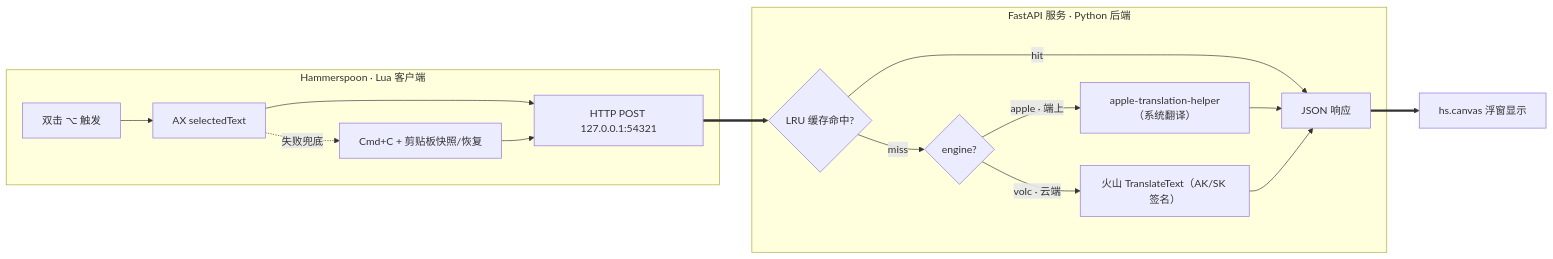
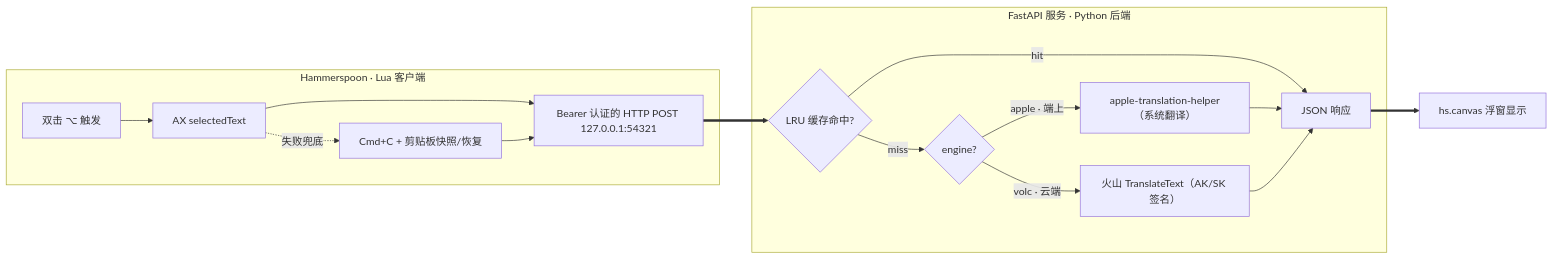
One commit to Eim-aa/juyi changed the diagram in README.md. Above: the diagram before and after it, drawn with Mermaid. The commit also changed other lines of this file and 9 other files, not shown here.

````diff
--- a/README.md
+++ b/README.md
@@ -135,20 +129,20 @@
 ```mermaid
 flowchart LR
     subgraph HS["Hammerspoon · Lua 客户端"]
         H1["双击 ⌥ 触发"] --> H2["AX selectedText"]
         H2 -.失败兜底.-> H3["Cmd+C + 剪贴板快照/恢复"]
-        H2 & H3 --> H4["HTTP POST 127.0.0.1:54321"]
+        H2 & H3 --> H4["Bearer 认证的 HTTP POST 127.0.0.1:54321"]
     end
 
     H4 ==> S1
 
     subgraph BE["FastAPI 服务 · Python 后端"]
         S1{"LRU 缓存命中?"} -->|hit| S5
         S1 -->|miss| S2{"engine?"}
         S2 -->|apple · 端上| S3["apple-translation-helper（系统翻译）"]
         S2 -->|volc · 云端| S4["火山 TranslateText（AK/SK 签名）"]
         S3 & S4 --> S5["JSON 响应"]
     end
 
     S5 ==> H5["hs.canvas 浮窗显示"]
 ```
````
